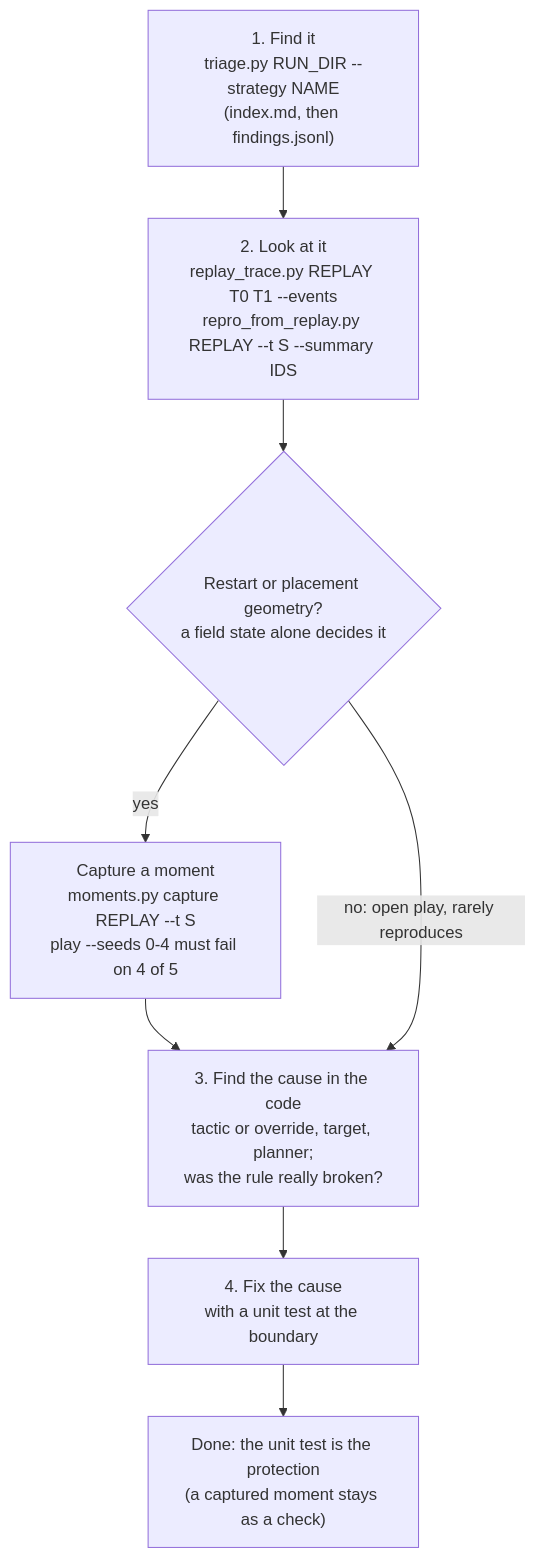
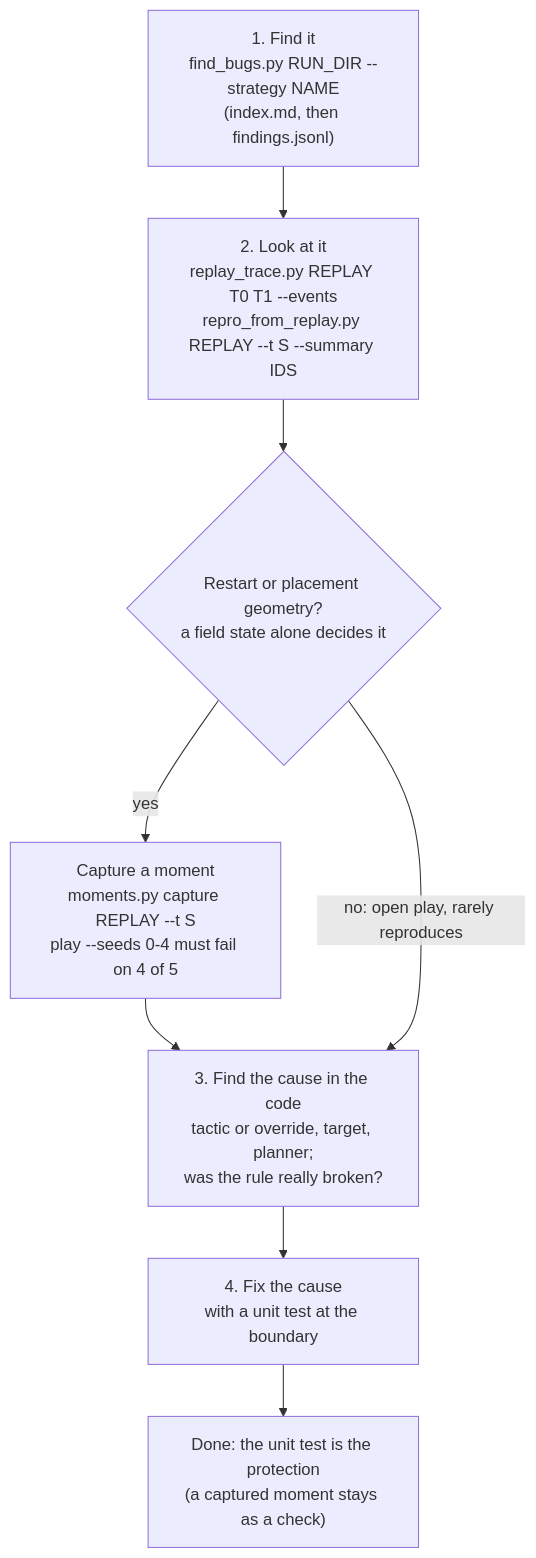
One commit to First-Order-RoboCup-SSL/Utama-Core changed the fifth of 5 diagrams in docs/STRATEGY_DEVELOPMENT.md. Above: the diagram before and after it, drawn with Mermaid. The commit also changed other lines of this file and 23 other files, not shown here.

First line of the commit message:
tools: rename triage to find_bugs, goal ledger to goal sources

````diff
--- a/docs/STRATEGY_DEVELOPMENT.md
+++ b/docs/STRATEGY_DEVELOPMENT.md
@@ -473,15 +473,15 @@
 ```mermaid
 flowchart TD
-    find["1. Find it<br/>triage.py RUN_DIR --strategy NAME<br/>(index.md, then findings.jsonl)"]
+    find["1. Find it<br/>find_bugs.py RUN_DIR --strategy NAME<br/>(index.md, then findings.jsonl)"]
     look["2. Look at it<br/>replay_trace.py REPLAY T0 T1 --events<br/>repro_from_replay.py REPLAY --t S --summary IDS"]
     q{"Restart or placement geometry?<br/>a field state alone decides it"}
     moment["Capture a moment<br/>moments.py capture REPLAY --t S<br/>play --seeds 0-4 must fail on 4 of 5"]
     cause["3. Find the cause in the code<br/>tactic or override, target, planner;<br/>was the rule really broken?"]
     fix["4. Fix the cause<br/>with a unit test at the boundary"]
     done["Done: the unit test is the protection<br/>(a captured moment stays as a check)"]
 
     find --> look --> q
     q -- "yes" --> moment --> cause
     q -- "no: open play, rarely reproduces" --> cause
     cause --> fix --> done
 ```
````
